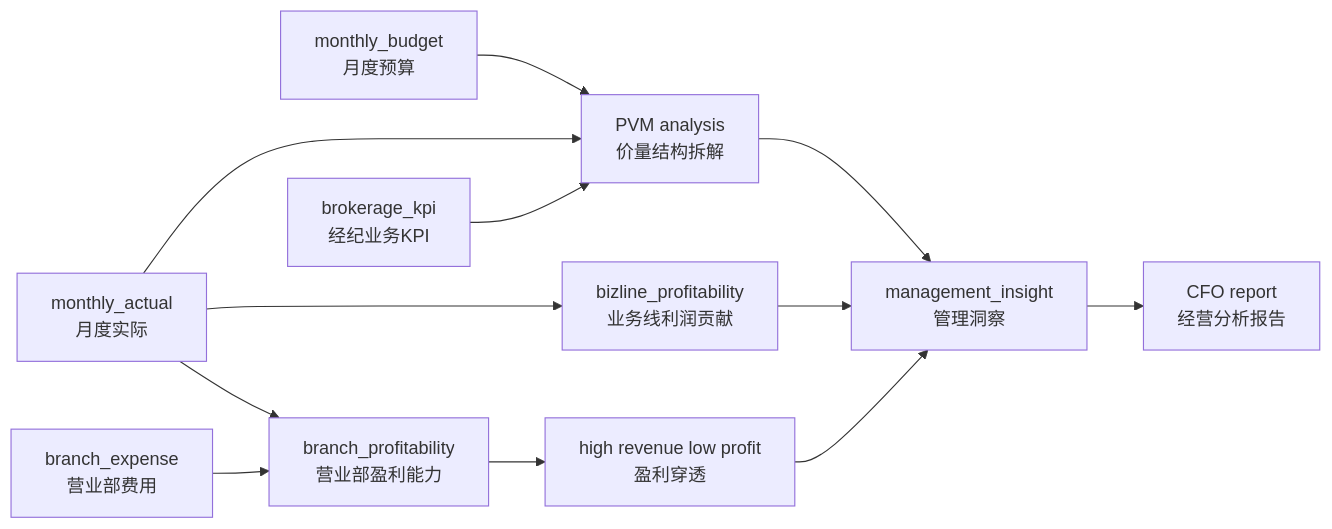
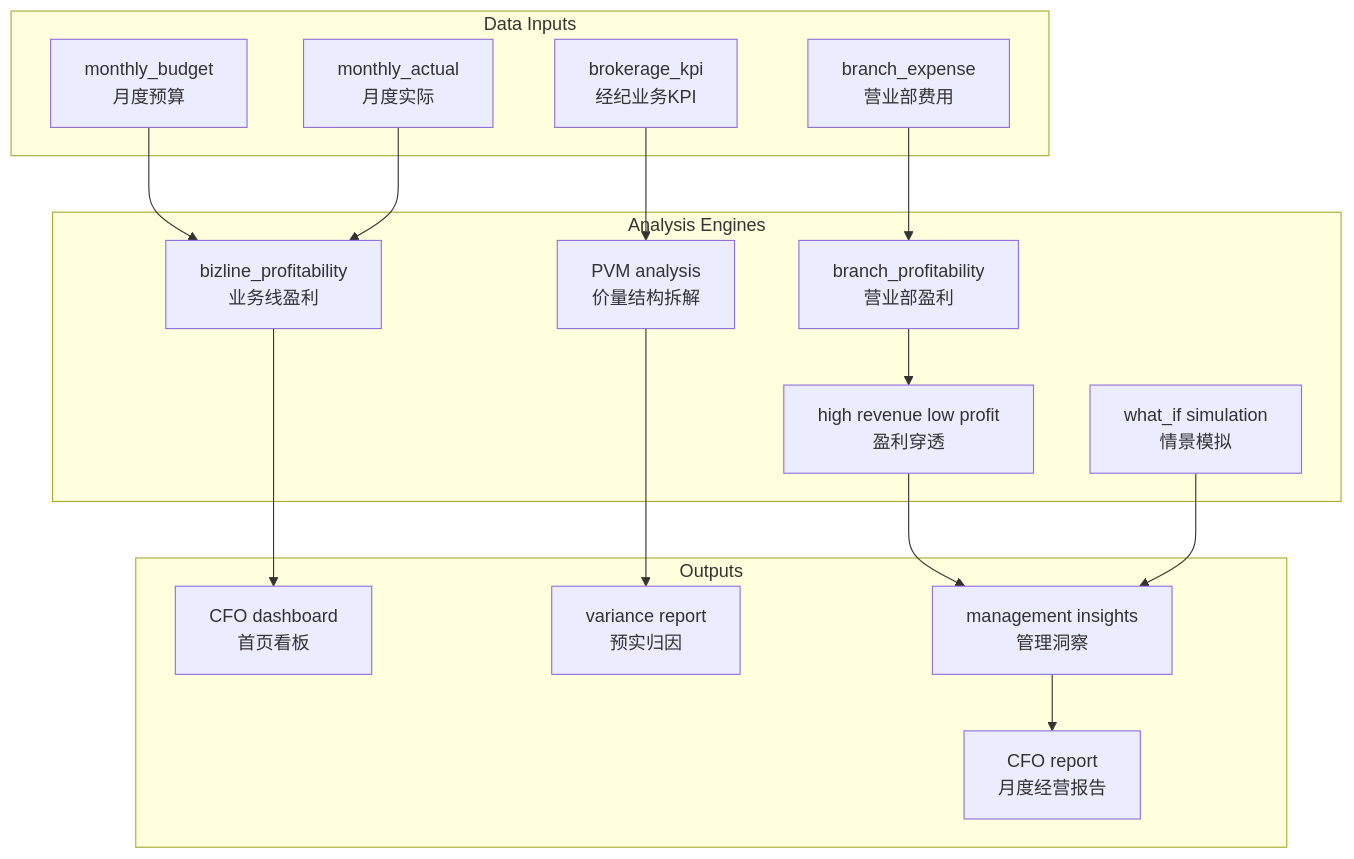
The first of 2 diagrams in README.md (emmadong521-beep/securities-management-accounting-agent), drawn with Mermaid before and after one commit. The commit also changed other lines of this file, not shown here.

````diff
--- a/README.md
+++ b/README.md
@@ -74,14 +81,35 @@
 ```mermaid
-flowchart LR
-    A["monthly_budget<br/>月度预算"] --> C["PVM analysis<br/>价量结构拆解"]
-    B["monthly_actual<br/>月度实际"] --> C
-    B --> D["bizline_profitability<br/>业务线利润贡献"]
-    B --> E["branch_profitability<br/>营业部盈利能力"]
-    F["brokerage_kpi<br/>经纪业务KPI"] --> C
-    G["branch_expense<br/>营业部费用"] --> E
-    E --> H["high revenue low profit<br/>盈利穿透"]
-    C --> I["management_insight<br/>管理洞察"]
-    D --> I
-    H --> I
-    I --> J["CFO report<br/>经营分析报告"]
+flowchart TB
+    subgraph Inputs["Data Inputs"]
+        A["monthly_budget<br/>月度预算"]
+        B["monthly_actual<br/>月度实际"]
+        C["brokerage_kpi<br/>经纪业务KPI"]
+        D["branch_expense<br/>营业部费用"]
+    end
+
+    subgraph Analytics["Analysis Engines"]
+        E["bizline_profitability<br/>业务线盈利"]
+        F["PVM analysis<br/>价量结构拆解"]
+        G["branch_profitability<br/>营业部盈利"]
+        H["high revenue low profit<br/>盈利穿透"]
+        I["what_if simulation<br/>情景模拟"]
+    end
+
+    subgraph Outputs["Outputs"]
+        J["CFO dashboard<br/>首页看板"]
+        K["variance report<br/>预实归因"]
+        L["management insights<br/>管理洞察"]
+        M["CFO report<br/>月度经营报告"]
+    end
+
+    A --> E
+    B --> E
+    C --> F
+    D --> G
+    G --> H
+    F --> K
+    E --> J
+    H --> L
+    I --> L
+    L --> M
 ```
````
